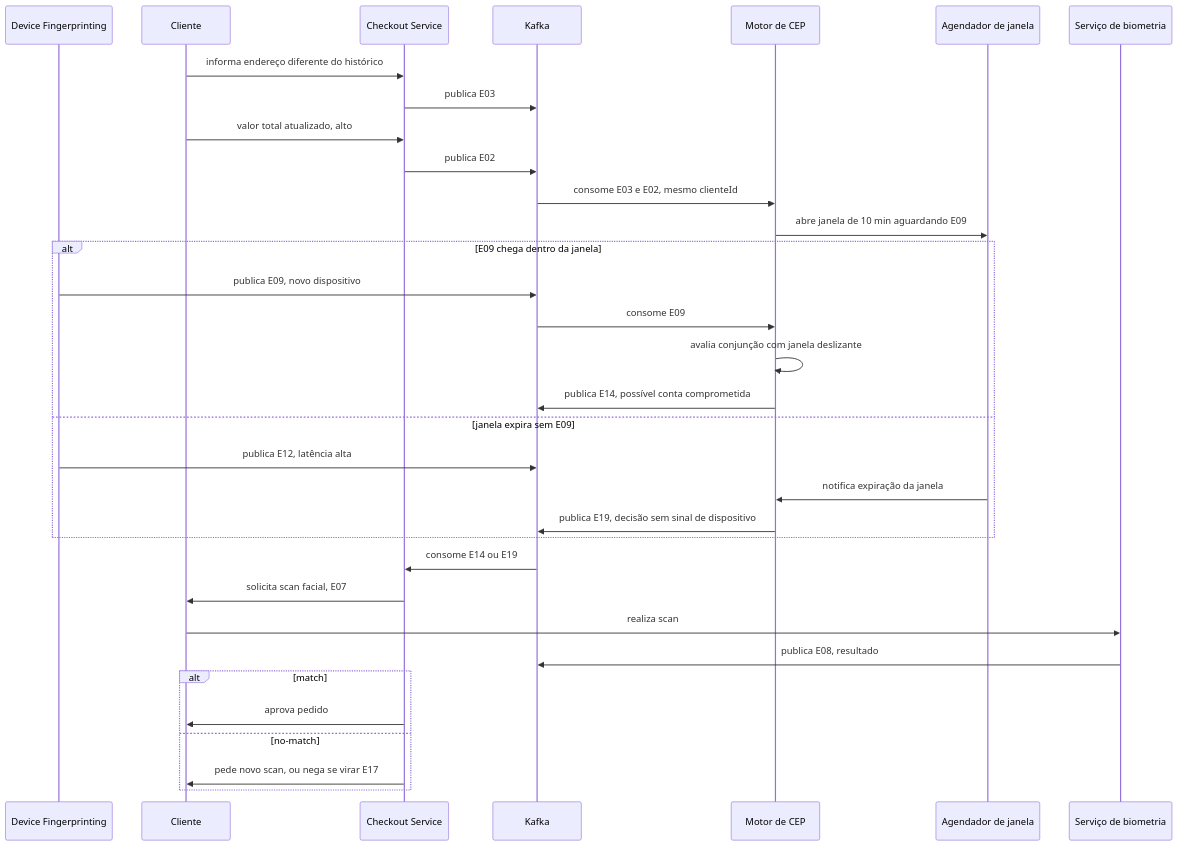
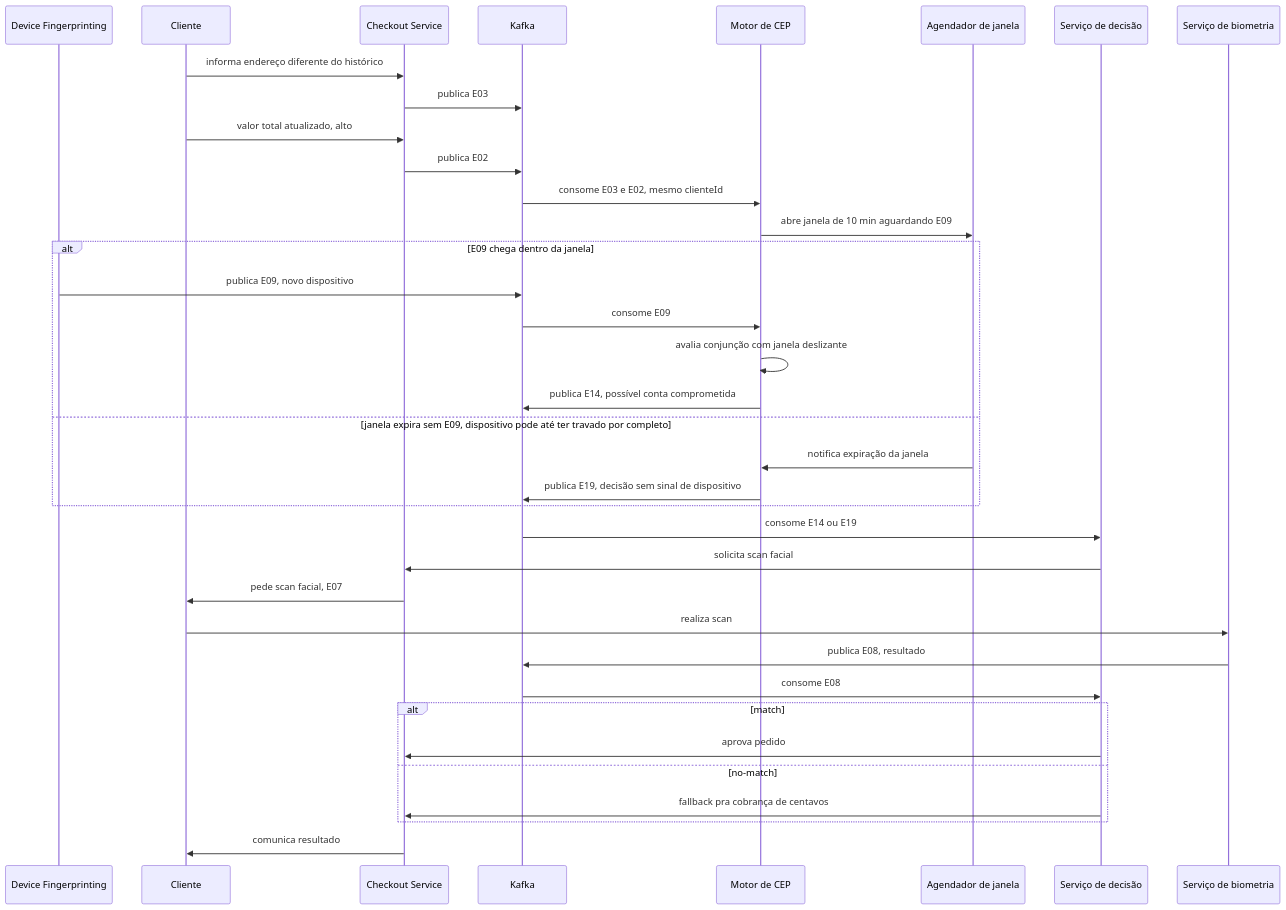
Before and after one commit to AndreLobo1/scsdscd: the fifth of 6 diagrams in ponderada-cep-antifraude.md, drawn with Mermaid. The commit also changed other lines of this file, not shown here.

````diff
--- a/ponderada-cep-antifraude.md
+++ b/ponderada-cep-antifraude.md
@@ -343,36 +303,39 @@
 ```mermaid
 sequenceDiagram
     participant Device as Device Fingerprinting
     participant Cliente
     participant Checkout as Checkout Service
     participant Kafka
     participant CEP as Motor de CEP
     participant Agendador as Agendador de janela
+    participant Decisao as Serviço de decisão
     participant Biometria as Serviço de biometria
 
     Cliente->>Checkout: informa endereço diferente do histórico
     Checkout->>Kafka: publica E03
     Cliente->>Checkout: valor total atualizado, alto
     Checkout->>Kafka: publica E02
     Kafka->>CEP: consome E03 e E02, mesmo clienteId
     CEP->>Agendador: abre janela de 10 min aguardando E09
     alt E09 chega dentro da janela
         Device->>Kafka: publica E09, novo dispositivo
         Kafka->>CEP: consome E09
         CEP->>CEP: avalia conjunção com janela deslizante
         CEP->>Kafka: publica E14, possível conta comprometida
-    else janela expira sem E09
-        Device->>Kafka: publica E12, latência alta
+    else janela expira sem E09, dispositivo pode até ter travado por completo
         Agendador->>CEP: notifica expiração da janela
         CEP->>Kafka: publica E19, decisão sem sinal de dispositivo
     end
-    Kafka->>Checkout: consome E14 ou E19
-    Checkout->>Cliente: solicita scan facial, E07
+    Kafka->>Decisao: consome E14 ou E19
+    Decisao->>Checkout: solicita scan facial
+    Checkout->>Cliente: pede scan facial, E07
     Cliente->>Biometria: realiza scan
     Biometria->>Kafka: publica E08, resultado
+    Kafka->>Decisao: consome E08
     alt match
-        Checkout->>Cliente: aprova pedido
+        Decisao->>Checkout: aprova pedido
     else no-match
-        Checkout->>Cliente: pede novo scan, ou nega se virar E17
+        Decisao->>Checkout: fallback pra cobrança de centavos
     end
+    Checkout->>Cliente: comunica resultado
 ```
````
